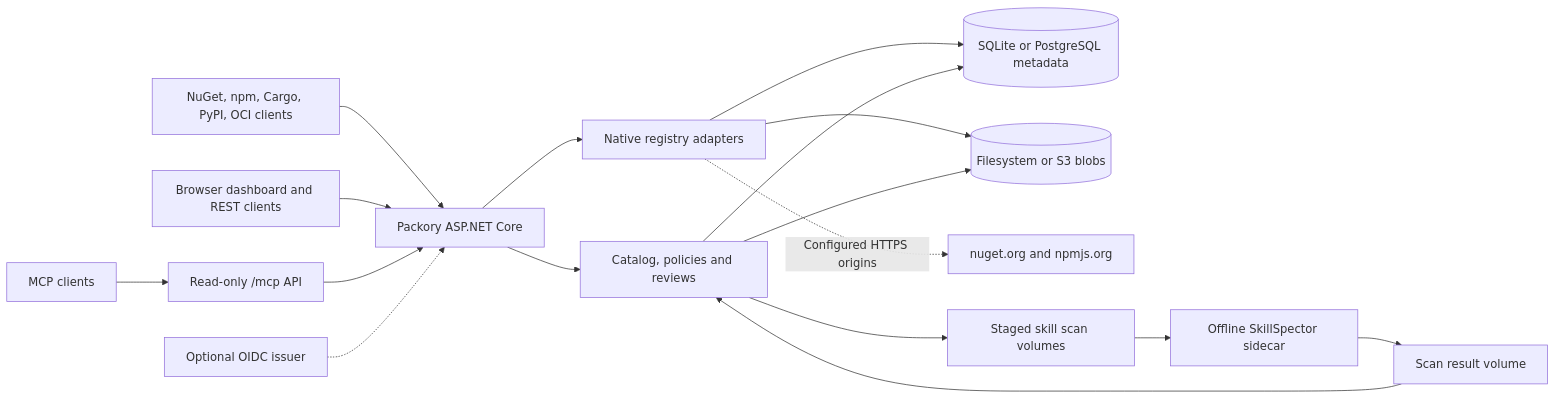
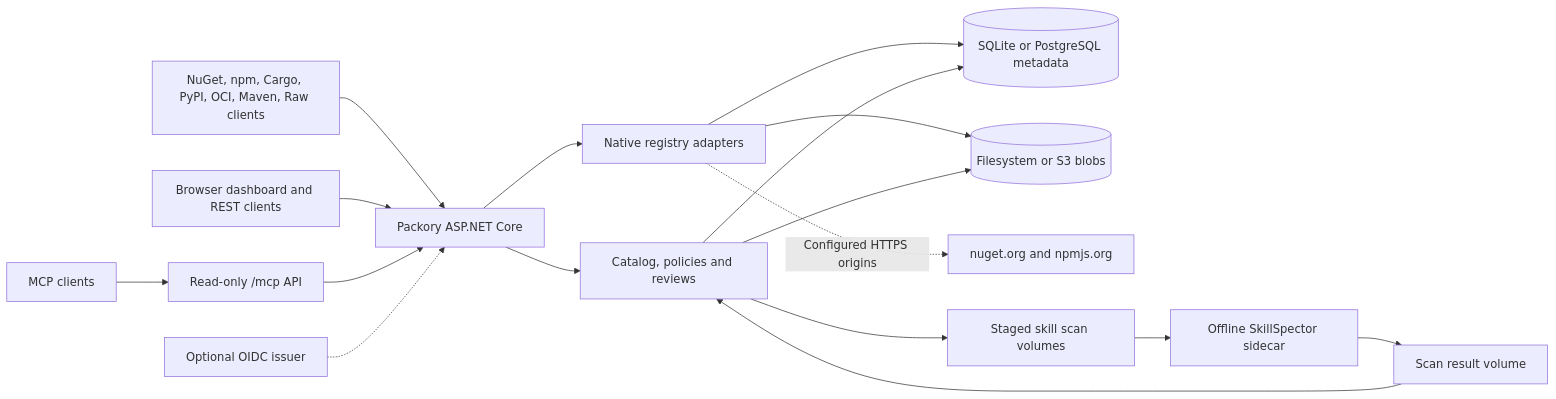
Before and after one commit to Cenn0/Packory: the diagram in README.md, drawn with Mermaid. The commit also changed other lines of this file and 11 other files, not shown here.

````diff
--- a/README.md
+++ b/README.md
@@ -81,19 +83,19 @@
 ```mermaid
 flowchart LR
-  C["NuGet, npm, Cargo, PyPI, OCI clients"] --> App["Packory ASP.NET Core"]
+  C["NuGet, npm, Cargo, PyPI, OCI, Maven, Raw clients"] --> App["Packory ASP.NET Core"]
   Dashboard["Browser dashboard and REST clients"] --> App
   MCP["MCP clients"] --> ReadOnly["Read-only /mcp API"]
   ReadOnly --> App
   OIDC["Optional OIDC issuer"] -.-> App
   App --> Protocol["Native registry adapters"]
   App --> Catalog["Catalog, policies and reviews"]
   Protocol --> DB[("SQLite or PostgreSQL metadata")]
   Catalog --> DB
   Protocol --> Blob[("Filesystem or S3 blobs")]
   Catalog --> Blob
   Protocol -. "Configured HTTPS origins" .-> Upstream["nuget.org and npmjs.org"]
   Catalog --> Queue["Staged skill scan volumes"]
   Queue --> Scanner["Offline SkillSpector sidecar"]
   Scanner --> Result["Scan result volume"]
   Result --> Catalog
 ```
````
